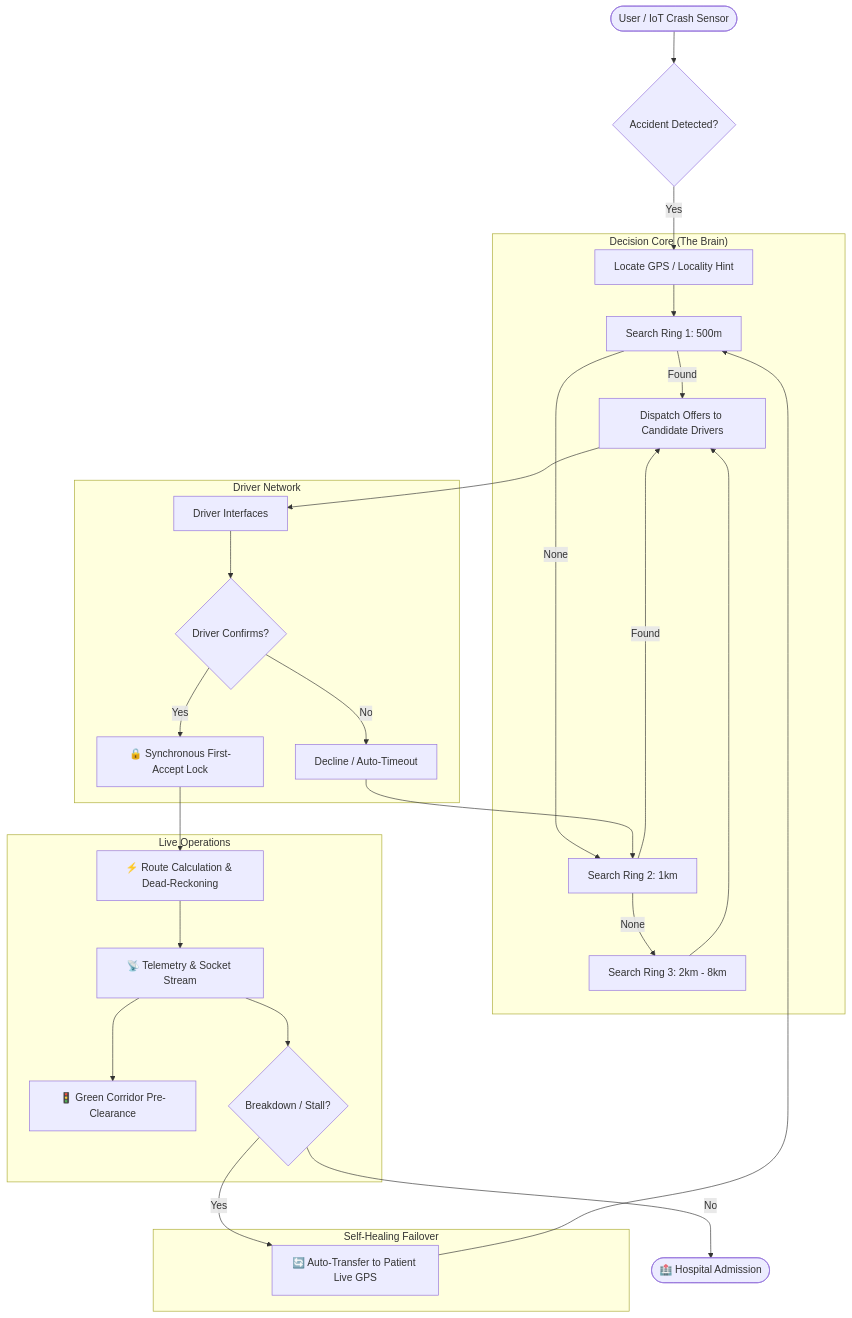
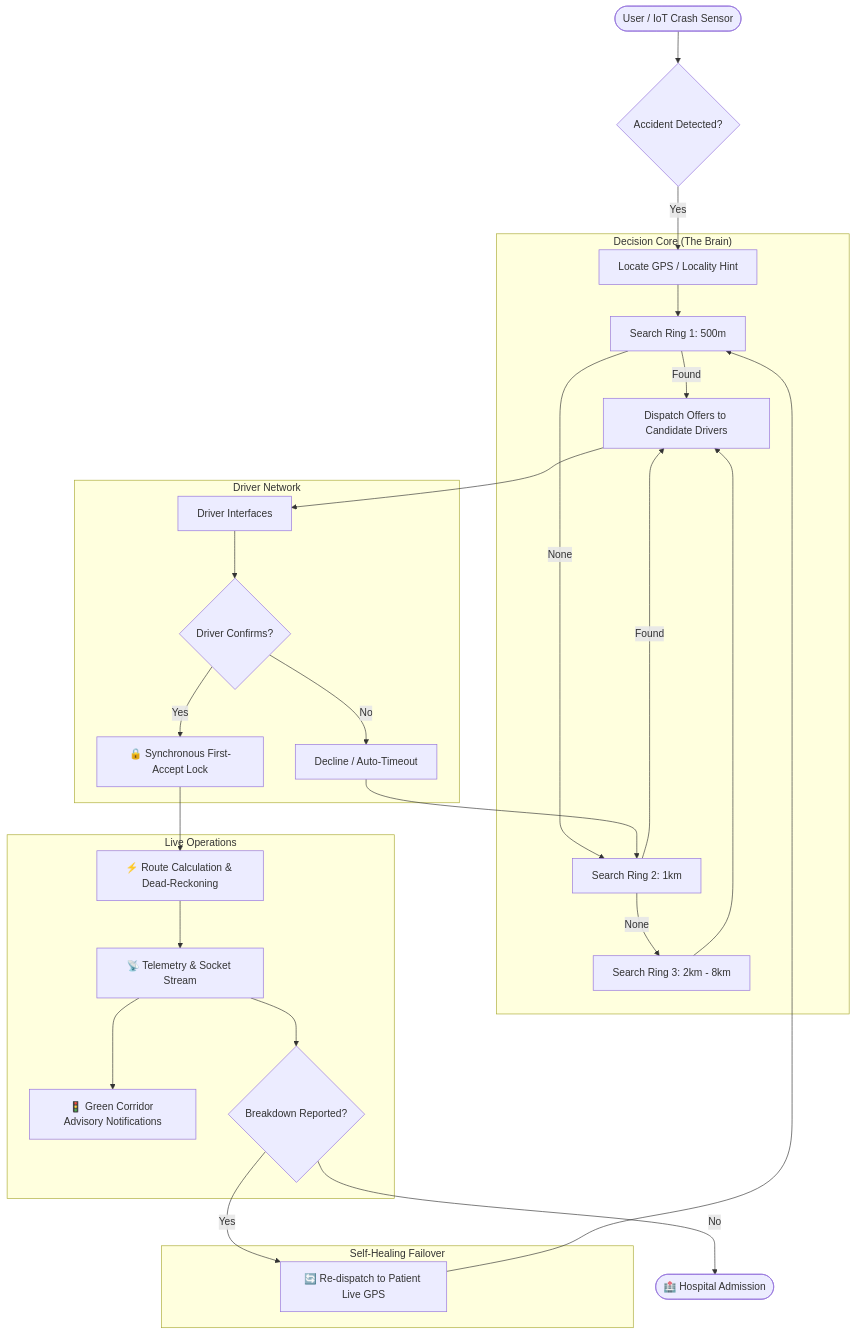
The diagram in README.md (Ahad-Dngwala/SaHaay-2k26), drawn with Mermaid before and after one commit. The commit also changed other lines of this file and 35 other files, not shown here.

````diff
--- a/README.md
+++ b/README.md
@@ -34,61 +34,61 @@
 ```mermaid
 graph TD
     %% Nodes
     User([User / IoT Crash Sensor])
     SOS_Btn{Accident Detected?}
     
     subgraph "Decision Core (The Brain)"
         Locate[Locate GPS / Locality Hint]
         Scan500[Search Ring 1: 500m]
         Scan1km[Search Ring 2: 1km]
         Scan2km[Search Ring 3: 2km - 8km]
         Dispatch[Dispatch Offers to Candidate Drivers]
     end
 
     subgraph "Driver Network"
         DriverMobile[Driver Interfaces]
         Accept{Driver Confirms?}
         Lock[🔒 Synchronous First-Accept Lock]
         Reject[Decline / Auto-Timeout]
     end
 
     subgraph "Live Operations"
         Routing[⚡ Route Calculation & Dead-Reckoning]
         Track[📡 Telemetry & Socket Stream]
-        Traffic[🚦 Green Corridor Pre-Clearance]
-        Breakdown{Breakdown / Stall?}
+        Traffic[🚦 Green Corridor Advisory Notifications]
+        Breakdown{Breakdown Reported?}
     end
 
     subgraph "Self-Healing Failover"
-        Transfer[🔄 Auto-Transfer to Patient Live GPS]
+        Transfer[🔄 Re-dispatch to Patient Live GPS]
     end
 
     Hospital([🏥 Hospital Admission])
 
     %% Flows
     User --> SOS_Btn
     SOS_Btn -- Yes --> Locate
     Locate --> Scan500
     Scan500 -- Found --> Dispatch
     Scan500 -- None --> Scan1km
     Scan1km -- Found --> Dispatch
     Scan1km -- None --> Scan2km
     Scan2km --> Dispatch
     
     Dispatch --> DriverMobile
     DriverMobile --> Accept
     
     Accept -- No --> Reject
     Reject --> Scan1km
     
     Accept -- Yes --> Lock
     Lock --> Routing
     Routing --> Track
     Track --> Traffic
     
     Track --> Breakdown
     Breakdown -- Yes --> Transfer
     Transfer --> Scan500
     
     Breakdown -- No --> Hospital
 ```
````
